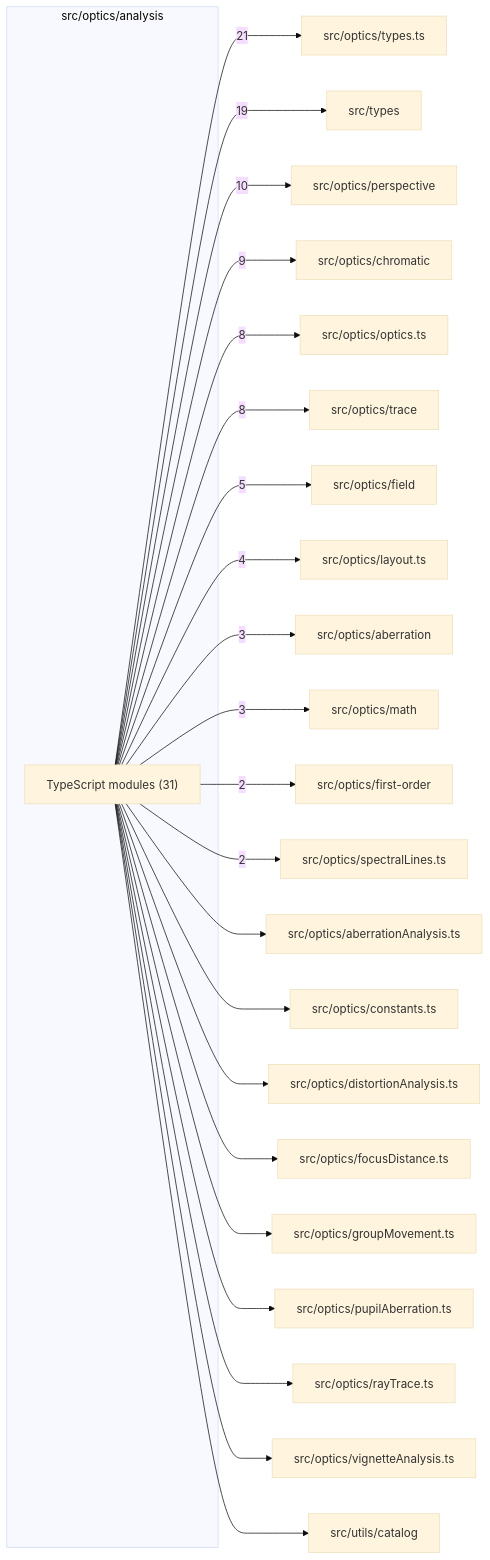
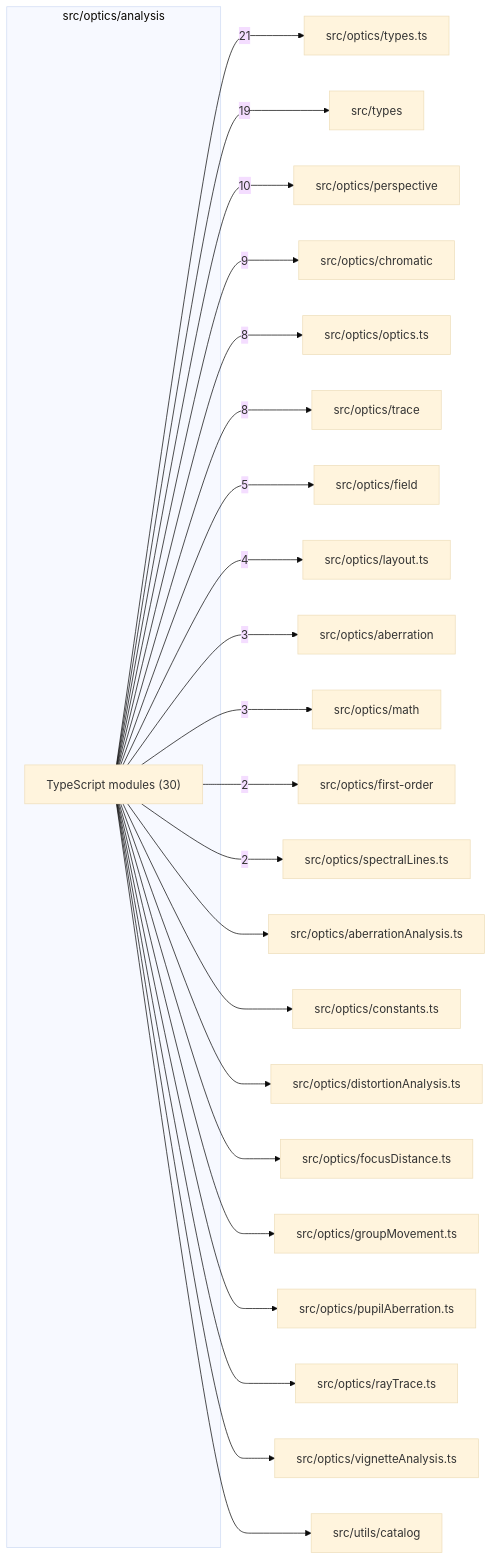
Before and after one commit to BeamFour/LensVisualizer: the diagram in src/optics/analysis/readme.md, drawn with Mermaid (base theme). The commit also changed other lines of this file and 9 other files, not shown here.

````diff
--- a/src/optics/analysis/readme.md
+++ b/src/optics/analysis/readme.md
@@ -9,48 +9,48 @@
 ```mermaid
 flowchart LR
   subgraph n_src_optics_analysis["src/optics/analysis"]
-    n_src_optics_analysis_TypeScript_modules["TypeScript modules (31)"]
+    n_src_optics_analysis_TypeScript_modules["TypeScript modules (30)"]
   end
   n_external_src_optics_types_ts["src/optics/types.ts"]
   n_external_src_types["src/types"]
   n_external_src_optics_perspective["src/optics/perspective"]
   n_external_src_optics_chromatic["src/optics/chromatic"]
   n_external_src_optics_optics_ts["src/optics/optics.ts"]
   n_external_src_optics_trace["src/optics/trace"]
   n_external_src_optics_field["src/optics/field"]
   n_external_src_optics_layout_ts["src/optics/layout.ts"]
   n_external_src_optics_aberration["src/optics/aberration"]
   n_external_src_optics_math["src/optics/math"]
   n_external_src_optics_first_order["src/optics/first-order"]
   n_external_src_optics_spectralLines_ts["src/optics/spectralLines.ts"]
   n_external_src_optics_aberrationAnalysis_ts["src/optics/aberrationAnalysis.ts"]
   n_external_src_optics_constants_ts["src/optics/constants.ts"]
   n_external_src_optics_distortionAnalysis_ts["src/optics/distortionAnalysis.ts"]
   n_external_src_optics_focusDistance_ts["src/optics/focusDistance.ts"]
   n_external_src_optics_groupMovement_ts["src/optics/groupMovement.ts"]
   n_external_src_optics_pupilAberration_ts["src/optics/pupilAberration.ts"]
   n_external_src_optics_rayTrace_ts["src/optics/rayTrace.ts"]
   n_external_src_optics_vignetteAnalysis_ts["src/optics/vignetteAnalysis.ts"]
   n_external_src_utils_catalog["src/utils/catalog"]
   n_src_optics_analysis_TypeScript_modules --> |21| n_external_src_optics_types_ts
   n_src_optics_analysis_TypeScript_modules --> |19| n_external_src_types
   n_src_optics_analysis_TypeScript_modules --> |10| n_external_src_optics_perspective
   n_src_optics_analysis_TypeScript_modules --> |9| n_external_src_optics_chromatic
   n_src_optics_analysis_TypeScript_modules --> |8| n_external_src_optics_optics_ts
   n_src_optics_analysis_TypeScript_modules --> |8| n_external_src_optics_trace
   n_src_optics_analysis_TypeScript_modules --> |5| n_external_src_optics_field
   n_src_optics_analysis_TypeScript_modules --> |4| n_external_src_optics_layout_ts
   n_src_optics_analysis_TypeScript_modules --> |3| n_external_src_optics_aberration
   n_src_optics_analysis_TypeScript_modules --> |3| n_external_src_optics_math
   n_src_optics_analysis_TypeScript_modules --> |2| n_external_src_optics_first_order
   n_src_optics_analysis_TypeScript_modules --> |2| n_external_src_optics_spectralLines_ts
   n_src_optics_analysis_TypeScript_modules --> n_external_src_optics_aberrationAnalysis_ts
   n_src_optics_analysis_TypeScript_modules --> n_external_src_optics_constants_ts
   n_src_optics_analysis_TypeScript_modules --> n_external_src_optics_distortionAnalysis_ts
   n_src_optics_analysis_TypeScript_modules --> n_external_src_optics_focusDistance_ts
   n_src_optics_analysis_TypeScript_modules --> n_external_src_optics_groupMovement_ts
   n_src_optics_analysis_TypeScript_modules --> n_external_src_optics_pupilAberration_ts
   n_src_optics_analysis_TypeScript_modules --> n_external_src_optics_rayTrace_ts
   n_src_optics_analysis_TypeScript_modules --> n_external_src_optics_vignetteAnalysis_ts
   n_src_optics_analysis_TypeScript_modules --> n_external_src_utils_catalog
 ```
````
